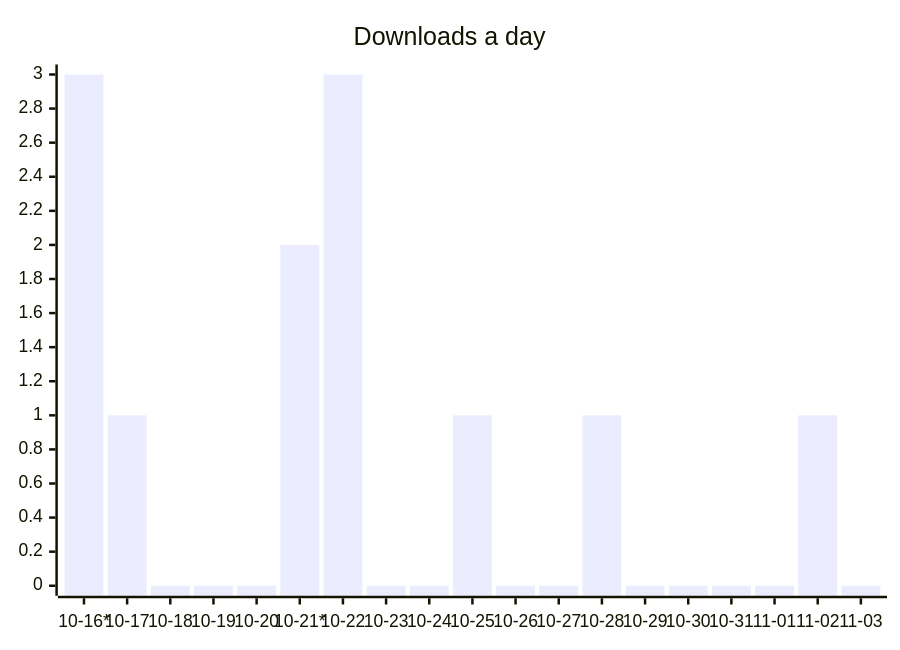
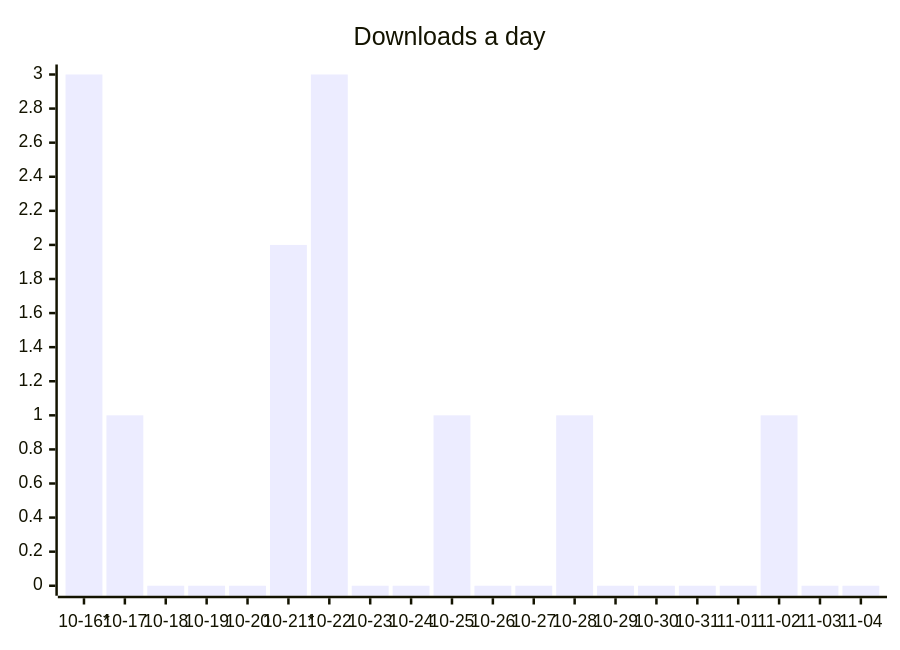
The first of 3 diagrams in README.md (ArtemkaGoldMan/ContextSwitcher), drawn with Mermaid before and after one commit. The commit also changed other lines of this file and 6 other files, not shown here.

````diff
--- a/README.md
+++ b/README.md
@@ -30,6 +30,6 @@
 ```mermaid
 xychart-beta
     title "Downloads a day"
-    x-axis ["10-16*", "10-17", "10-18", "10-19", "10-20", "10-21*", "10-22", "10-23", "10-24", "10-25", "10-26", "10-27", "10-28", "10-29", "10-30", "10-31", "11-01", "11-02", "11-03"]
-    bar [3, 1, 0, 0, 0, 2, 3, 0, 0, 1, 0, 0, 1, 0, 0, 0, 0, 1, 0]
+    x-axis ["10-16*", "10-17", "10-18", "10-19", "10-20", "10-21*", "10-22", "10-23", "10-24", "10-25", "10-26", "10-27", "10-28", "10-29", "10-30", "10-31", "11-01", "11-02", "11-03", "11-04"]
+    bar [3, 1, 0, 0, 0, 2, 3, 0, 0, 1, 0, 0, 1, 0, 0, 0, 0, 1, 0, 0]
 ```
````
